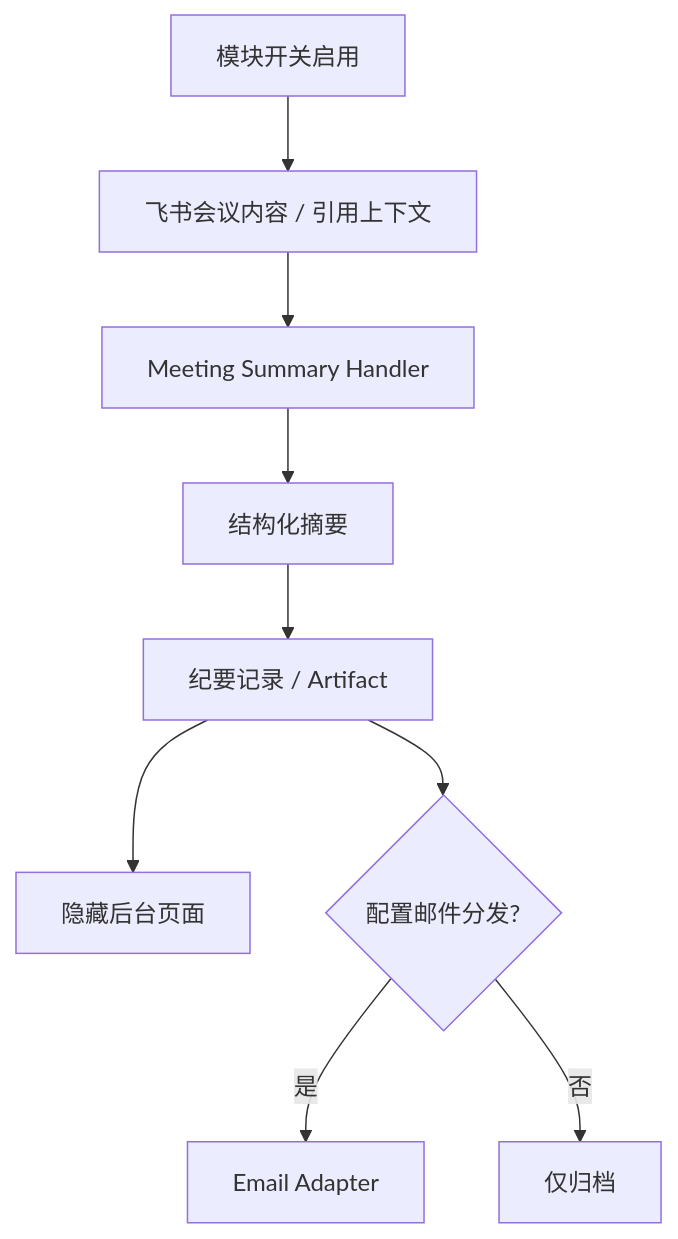
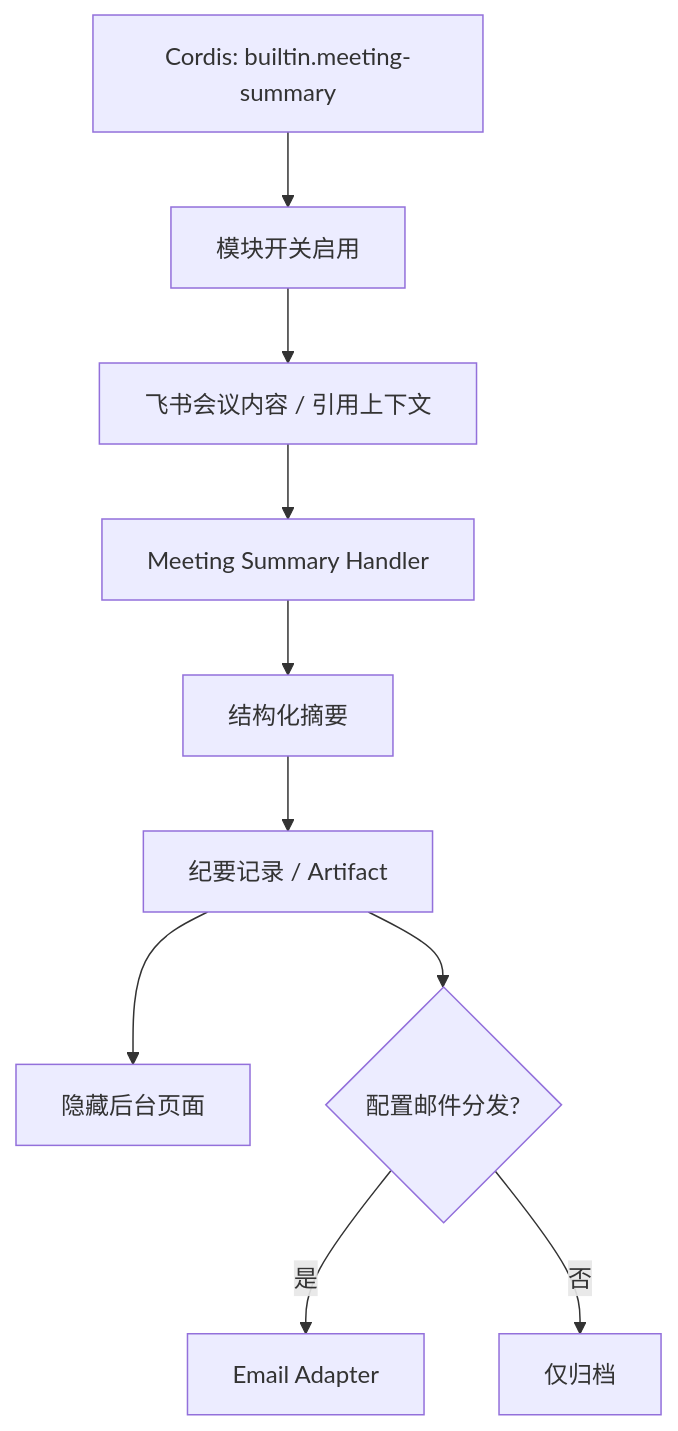
The diagram in backend/src/services/messageHandler/meeting-summary/FEATURE.md (KlayPeter/AI-Delivery-Ops-Agent), drawn with Mermaid before and after one commit. The commit also changed other lines of this file and 39 other files, not shown here.

````diff
--- a/backend/src/services/messageHandler/meeting-summary/FEATURE.md
+++ b/backend/src/services/messageHandler/meeting-summary/FEATURE.md
@@ -21,11 +21,12 @@
 ```mermaid
 flowchart TD
+    PL["Cordis: builtin.meeting-summary"] --> A
     A["模块开关启用"] --> B["飞书会议内容 / 引用上下文"]
     B --> C["Meeting Summary Handler"]
     C --> D["结构化摘要"]
     D --> E["纪要记录 / Artifact"]
     E --> F["隐藏后台页面"]
     E --> G{"配置邮件分发?"}
     G -- 是 --> H["Email Adapter"]
     G -- 否 --> I["仅归档"]
 ```
````
